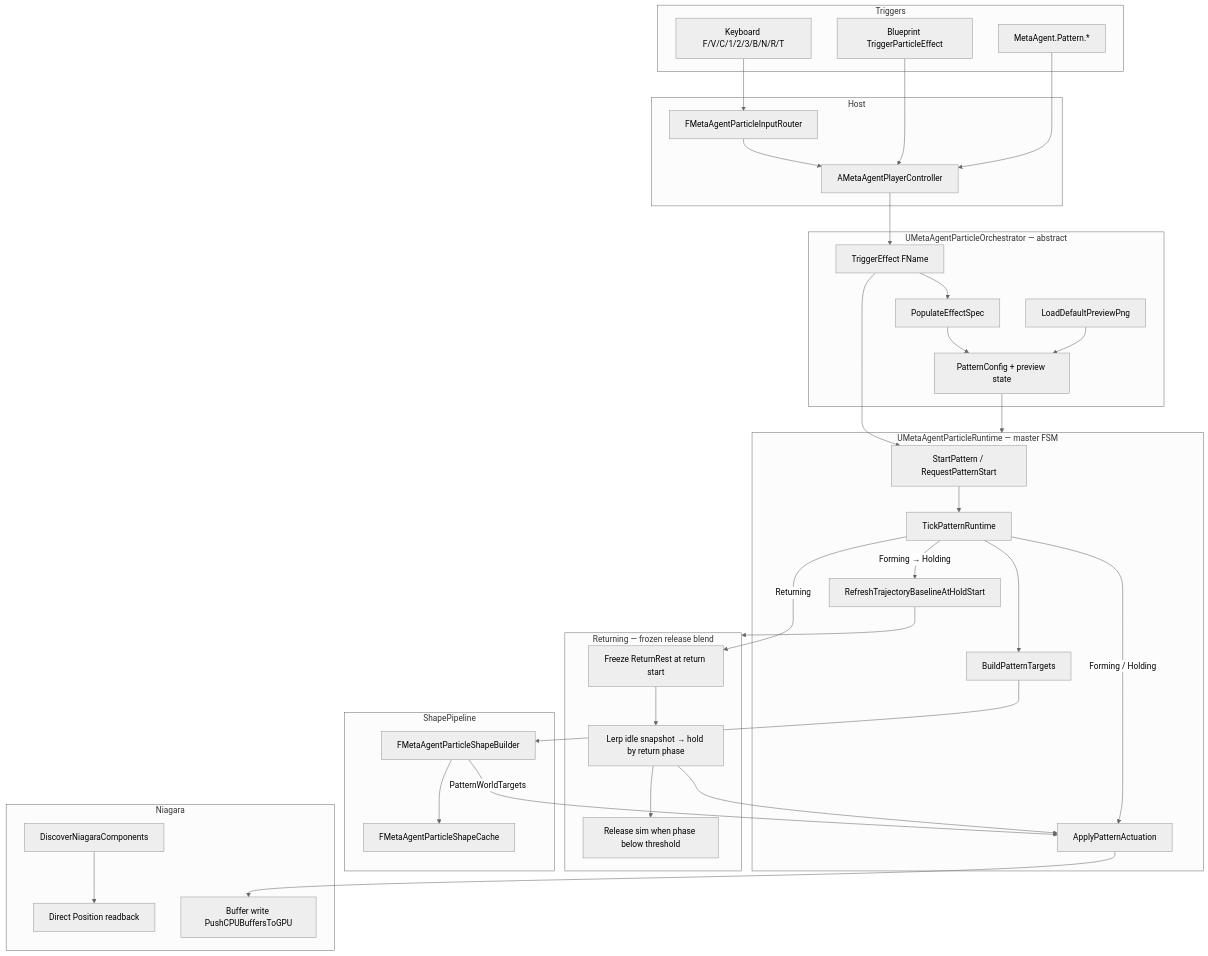
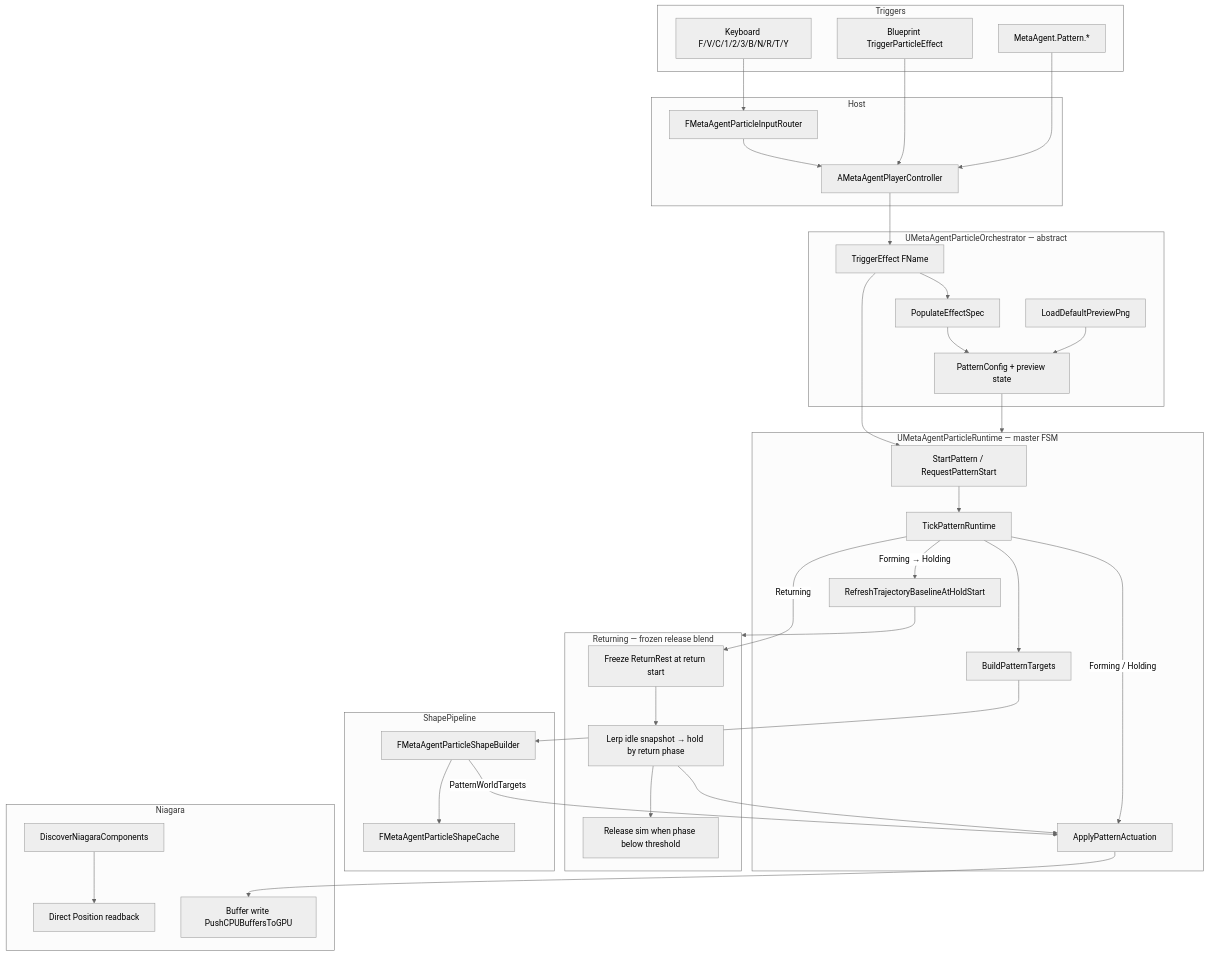
Before and after one commit to vecnode/metaagent-ue5-plugin: diagram 11 of 14 in README.md, drawn with Mermaid (neutral theme). The commit also changed other lines of this file and 17 other files, not shown here.

````diff
--- a/README.md
+++ b/README.md
@@ -700,70 +703,70 @@
 ```mermaid
 flowchart TB
     subgraph Triggers
-        Keys[Keyboard F/V/C/1/2/3/B/N/R/T]
+        Keys[Keyboard F/V/C/1/2/3/B/N/R/T/Y]
         BP[Blueprint TriggerParticleEffect]
         Console[MetaAgent.Pattern.*]
     end
 
     subgraph Host
         PC[AMetaAgentPlayerController]
         Router[FMetaAgentParticleInputRouter]
     end
 
     subgraph Orchestrator["UMetaAgentParticleOrchestrator — abstract"]
         TE[TriggerEffect FName]
         Spec[PopulateEffectSpec]
         Preview[LoadDefaultPreviewPng]
         Config[PatternConfig + preview state]
     end
 
     subgraph ParticleFSM["UMetaAgentParticleRuntime — master FSM"]
         Start[StartPattern / RequestPatternStart]
         Tick[TickPatternRuntime]
         Build[BuildPatternTargets]
         Traj[RefreshTrajectoryBaselineAtHoldStart]
         Act[ApplyPatternActuation]
     end
 
     subgraph ReturnBlend["Returning — frozen release blend"]
         Freeze[Freeze ReturnRest at return start]
         Lerp["Lerp idle snapshot → hold by return phase"]
         Release[Release sim when phase below threshold]
         Freeze --> Lerp
         Lerp --> Act
         Lerp --> Release
     end
 
     subgraph ShapePipeline
         Builder[FMetaAgentParticleShapeBuilder]
         Cache[FMetaAgentParticleShapeCache]
     end
 
     subgraph Niagara
         Discover[DiscoverNiagaraComponents]
         Capture[Direct Position readback]
         Write[Buffer write PushCPUBuffersToGPU]
     end
 
     Keys --> Router
     Router --> PC
     BP --> PC
     Console --> PC
     PC --> TE
     TE --> Spec
     Spec --> Config
     TE --> Start
     Preview --> Config
     Config --> ParticleFSM
     Start --> Tick
     Tick --> Build
     Build --> Builder
     Builder --> Cache
     Builder -->|PatternWorldTargets| Act
     Tick -->|Forming → Holding| Traj
     Traj --> ReturnBlend
     Tick -->|Forming / Holding| Act
     Tick -->|Returning| Freeze
     Discover --> Capture
     Act --> Write
 ```
````
